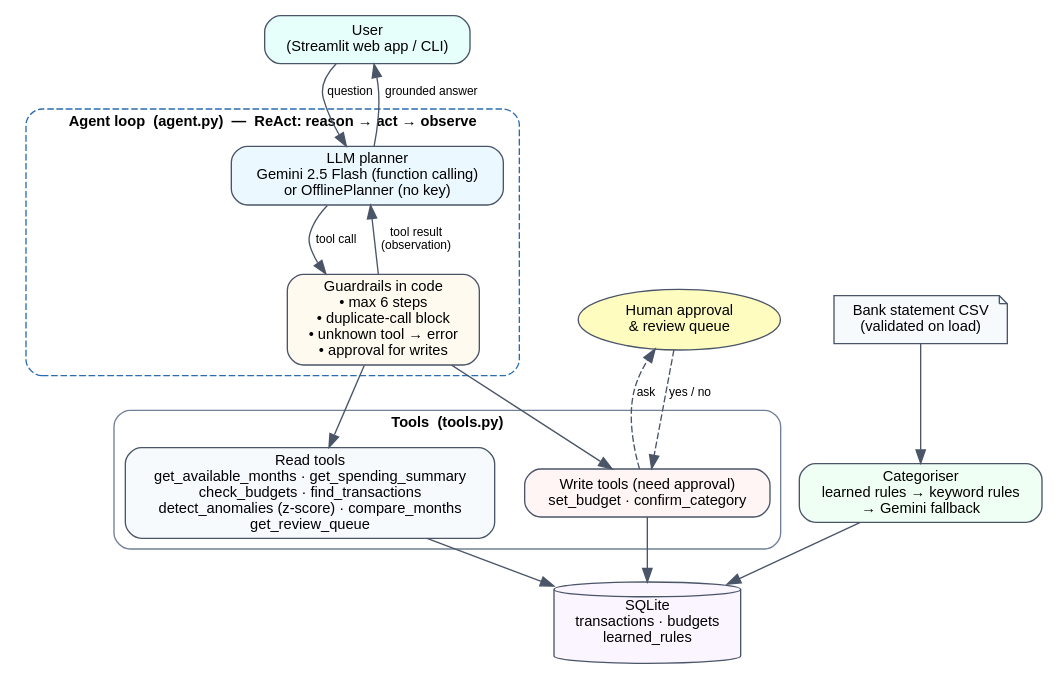
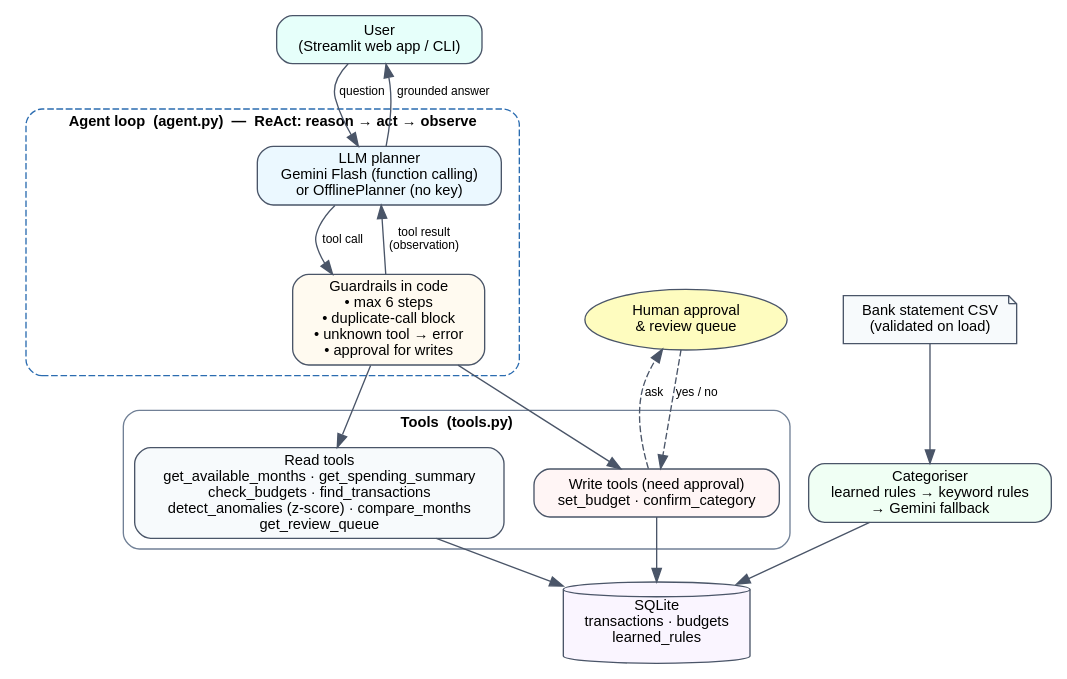
One commit to manasvipawa/expense-assistant-agent changed the diagram in docs/architecture.dot. Above: the diagram before and after it, drawn with Graphviz. The commit also changed 10 other files, not shown here.

First line of the commit message:
Fix Gemini ClientError on new API keys; never crash on LLM errors

```diff
--- a/docs/architecture.dot
+++ b/docs/architecture.dot
@@ -1,26 +1,26 @@
 digraph G {
   rankdir=TB; bgcolor="white"; nodesep=0.3; ranksep=0.45;
   node [shape=box, style="rounded,filled", fontname="Helvetica", fontsize=11, color="#4a5568", fillcolor="#f7fafc"];
   edge [fontname="Helvetica", fontsize=9, color="#4a5568"];
   user [label="User\n(Streamlit web app / CLI)", fillcolor="#e6fffa"];
   subgraph cluster_agent { label="Agent loop  (agent.py)  —  ReAct: reason → act → observe"; fontname="Helvetica-Bold"; fontsize=11; style="rounded,dashed"; color="#2b6cb0";
-    llm [label="LLM planner\nGemini 2.5 Flash (function calling)\nor OfflinePlanner (no key)", fillcolor="#ebf8ff"];
+    llm [label="LLM planner\nGemini Flash (function calling)\nor OfflinePlanner (no key)", fillcolor="#ebf8ff"];
     guard [label="Guardrails in code\n• max 6 steps\n• duplicate-call block\n• unknown tool → error\n• approval for writes", fillcolor="#fffaf0"];
   }
   subgraph cluster_tools { label="Tools  (tools.py)"; fontname="Helvetica-Bold"; fontsize=11; style="rounded"; color="#718096";
     read [label="Read tools\nget_available_months · get_spending_summary\ncheck_budgets · find_transactions\ndetect_anomalies (z-score) · compare_months\nget_review_queue"];
     write [label="Write tools (need approval)\nset_budget · confirm_category", fillcolor="#fff5f5"];
   }
   csv [label="Bank statement CSV\n(validated on load)", shape=note];
   cat [label="Categoriser\nlearned rules → keyword rules\n→ Gemini fallback", fillcolor="#f0fff4"];
   db [label="SQLite\ntransactions · budgets\nlearned_rules", shape=cylinder, fillcolor="#faf5ff"];
   human [label="Human approval\n& review queue", shape=oval, fillcolor="#fefcbf"];
   user -> llm [label="question"];
   llm -> guard [label="tool call"];
   guard -> read; guard -> write;
   write -> human [style=dashed, label="ask"]; human -> write [style=dashed, label="yes / no"];
   read -> db; write -> db;
   guard -> llm [label="tool result\n(observation)"];
   llm -> user [label="grounded answer"];
   csv -> cat -> db [label=""];
 }
```
